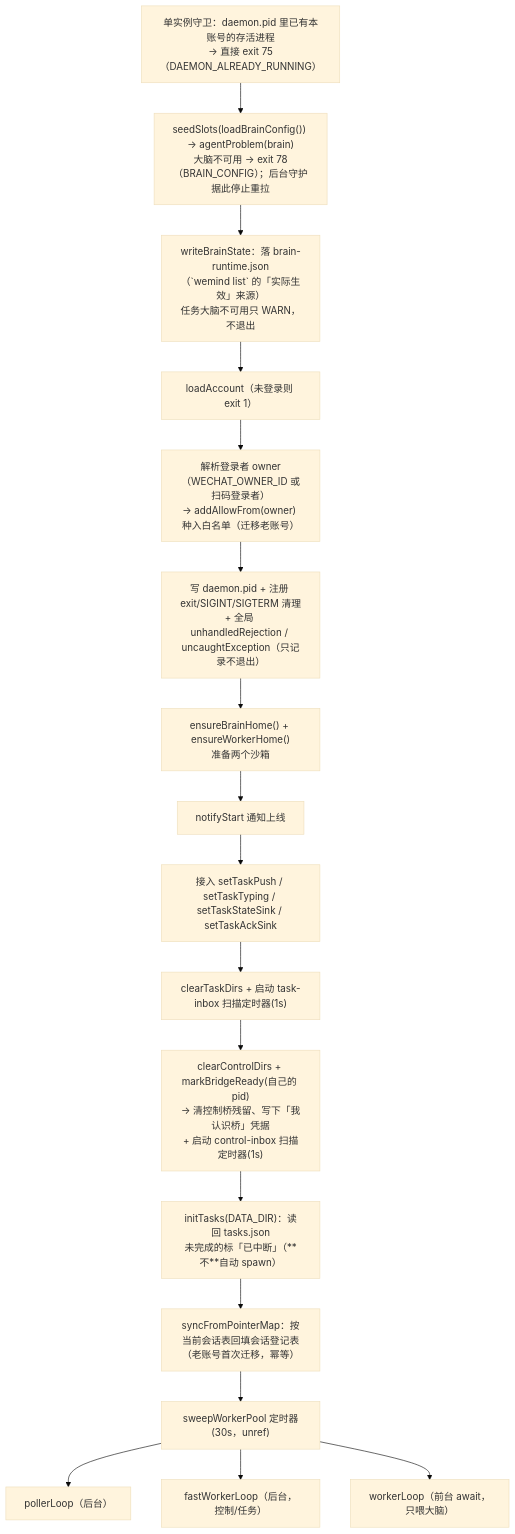
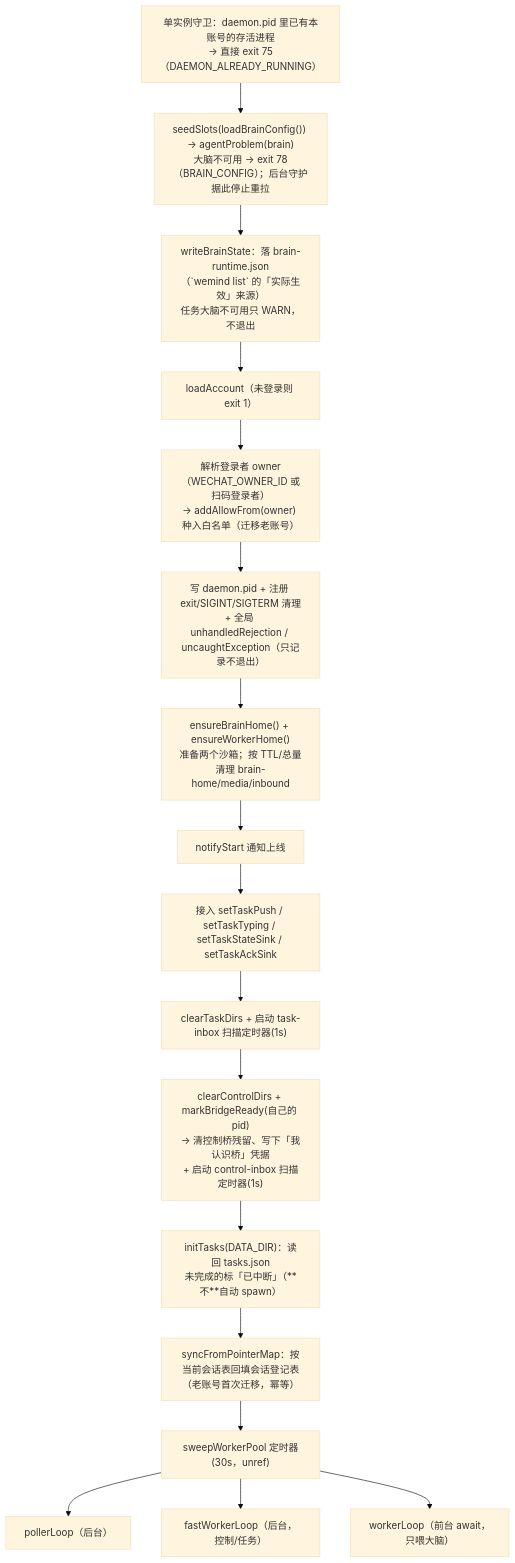
Before and after one commit to imwangpan/WeMind: the first of 4 diagrams in docs/repowiki/05-daemon.md, drawn with Mermaid (base theme). The commit also changed other lines of this file and 55 other files, not shown here.

````diff
--- a/docs/repowiki/05-daemon.md
+++ b/docs/repowiki/05-daemon.md
@@ -96,20 +99,20 @@
 ```mermaid
 graph TD
     A["单实例守卫：daemon.pid 里已有本账号的存活进程<br/>→ 直接 exit 75（DAEMON_ALREADY_RUNNING）"]
     A --> B["seedSlots(loadBrainConfig()) → agentProblem(brain)<br/>大脑不可用 → exit 78（BRAIN_CONFIG）；后台守护据此停止重拉"]
     B --> B2["writeBrainState：落 brain-runtime.json<br/>（`wemind list` 的「实际生效」来源）<br/>任务大脑不可用只 WARN，不退出"]
     B2 --> C["loadAccount（未登录则 exit 1）"]
     C --> D["解析登录者 owner（WECHAT_OWNER_ID 或扫码登录者）<br/>→ addAllowFrom(owner) 种入白名单（迁移老账号）"]
     D --> E["写 daemon.pid + 注册 exit/SIGINT/SIGTERM 清理<br/>+ 全局 unhandledRejection / uncaughtException（只记录不退出）"]
-    E --> F["ensureBrainHome() + ensureWorkerHome()<br/>准备两个沙箱"]
+    E --> F["ensureBrainHome() + ensureWorkerHome()<br/>准备两个沙箱；按 TTL/总量清理 brain-home/media/inbound"]
     F --> G["notifyStart 通知上线"]
     G --> H["接入 setTaskPush / setTaskTyping / setTaskStateSink / setTaskAckSink"]
     H --> I["clearTaskDirs + 启动 task-inbox 扫描定时器(1s)"]
     I --> J["clearControlDirs + markBridgeReady(自己的 pid)<br/>→ 清控制桥残留、写下「我认识桥」凭据<br/>+ 启动 control-inbox 扫描定时器(1s)"]
     J --> K["initTasks(DATA_DIR)：读回 tasks.json<br/>未完成的标「已中断」（**不**自动 spawn）"]
     K --> L["syncFromPointerMap：按当前会话表回填会话登记表<br/>（老账号首次迁移，幂等）"]
     L --> M["sweepWorkerPool 定时器(30s，unref)"]
     M --> N["pollerLoop（后台）"]
     M --> O["fastWorkerLoop（后台，控制/任务）"]
     M --> P["workerLoop（前台 await，只喂大脑）"]
 ```
````
